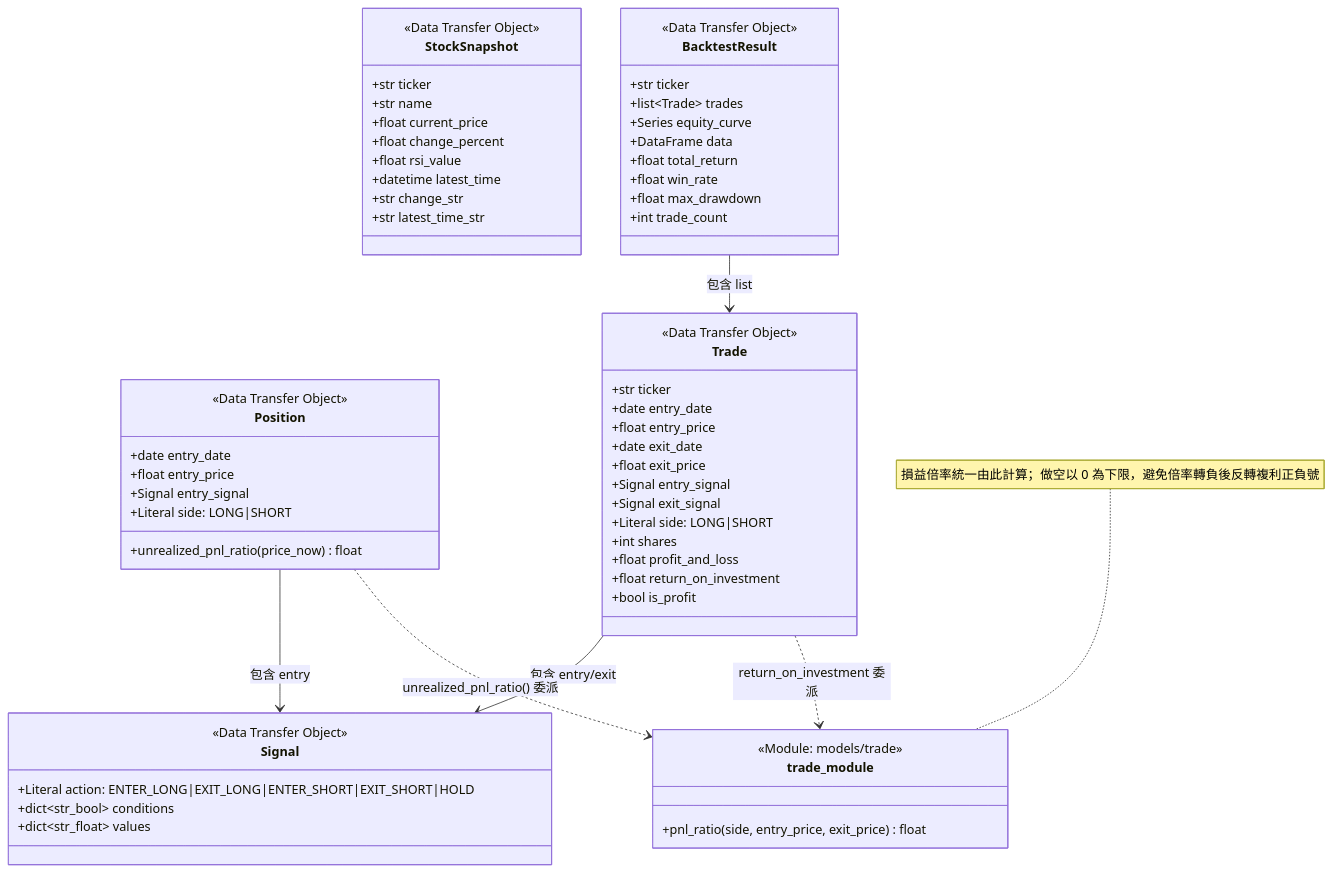
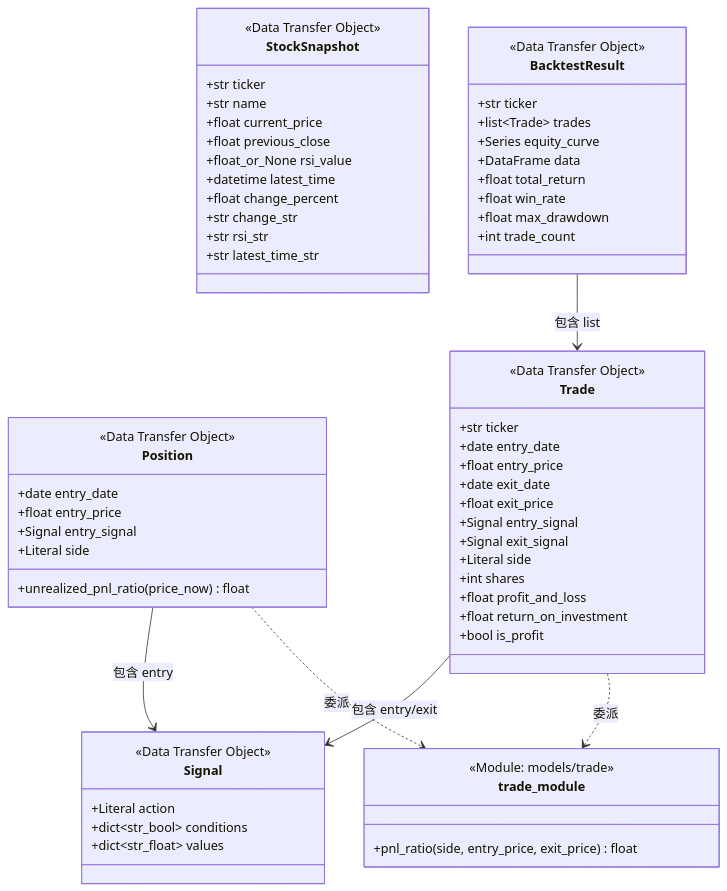
The first of 6 diagrams in docs/UML.md (JialaChang/Discord-Stock-Bot), drawn with Mermaid before and after one commit. The commit also changed other lines of this file and 10 other files, not shown here.

First line of the commit message:
docs: split UML by concern, tighten prose, and link real report samples

````diff
--- a/docs/UML.md
+++ b/docs/UML.md
@@ -9,72 +11,73 @@
 ```mermaid
 classDiagram
     direction TB
 
     class trade_module {
         <<Module: models/trade>>
         +pnl_ratio(side, entry_price, exit_price) float
     }
-    note for trade_module "損益倍率統一由此計算；做空以 0 為下限，避免倍率轉負後反轉複利正負號"
 
     class StockSnapshot {
         <<Data Transfer Object>>
         +str ticker
         +str name
         +float current_price
+        +float previous_close
+        +float_or_None rsi_value
+        +datetime latest_time
         +float change_percent
-        +float rsi_value
-        +datetime latest_time
         +str change_str
+        +str rsi_str
         +str latest_time_str
     }
 
     class Signal {
         <<Data Transfer Object>>
-        +Literal action: ENTER_LONG|EXIT_LONG|ENTER_SHORT|EXIT_SHORT|HOLD
+        +Literal action
         +dict~str_bool~ conditions
         +dict~str_float~ values
     }
 
     class Position {
         <<Data Transfer Object>>
         +date entry_date
         +float entry_price
         +Signal entry_signal
-        +Literal side: LONG|SHORT
+        +Literal side
         +unrealized_pnl_ratio(price_now) float
     }
 
     class Trade {
         <<Data Transfer Object>>
         +str ticker
         +date entry_date
         +float entry_price
         +date exit_date
         +float exit_price
         +Signal entry_signal
         +Signal exit_signal
-        +Literal side: LONG|SHORT
+        +Literal side
         +int shares
         +float profit_and_loss
         +float return_on_investment
         +bool is_profit
     }
 
     class BacktestResult {
         <<Data Transfer Object>>
         +str ticker
         +list~Trade~ trades
         +Series equity_curve
         +DataFrame data
         +float total_return
         +float win_rate
         +float max_drawdown
         +int trade_count
     }
 
     Trade --> Signal : 包含 entry/exit
     Position --> Signal : 包含 entry
     BacktestResult --> Trade : 包含 list
-    Position ..> trade_module : unrealized_pnl_ratio() 委派
-    Trade ..> trade_module : return_on_investment 委派
+    Position ..> trade_module : 委派
+    Trade ..> trade_module : 委派
 ```
````
